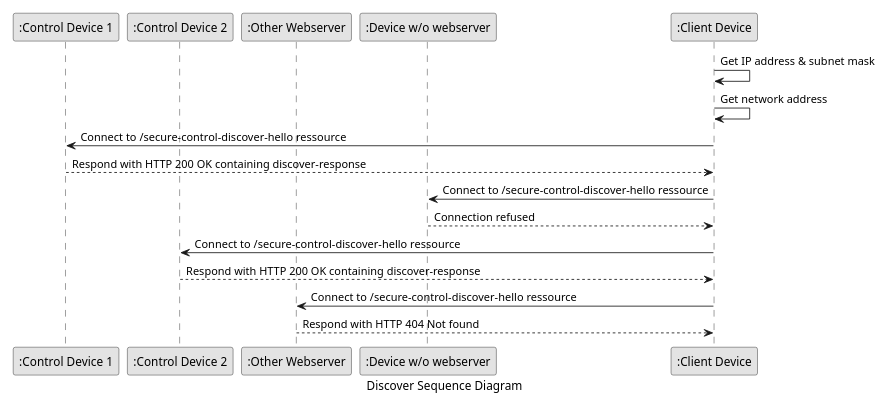
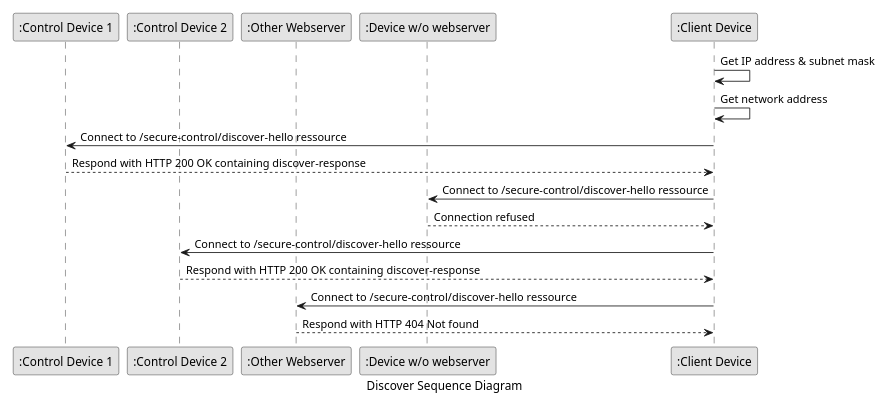
One commit to houseos/SCP changed the third of 4 diagrams in doc/secure-control-protocol-specification.md. Above: the diagram before and after it, drawn with PlantUML. The commit also changed other lines of this file and 18 other files, not shown here.

````diff
--- a/doc/secure-control-protocol-specification.md
+++ b/doc/secure-control-protocol-specification.md
@@ -204,31 +204,31 @@
 ```plantuml
 @startuml
 caption Discover Sequence Diagram
 
 skinparam monochrome true
 
 scale max 650 width
 
 participant ":Control Device 1" as server1
 participant ":Control Device 2" as server2
 participant ":Other Webserver" as webserver
 participant ":Device w/o webserver" as device
 participant ":Client Device" as client
 
 client -> client : Get IP address & subnet mask
 client -> client : Get network address
 
-client -> server1 : Connect to /secure-control-discover-hello ressource
+client -> server1 : Connect to /secure-control/discover-hello ressource
 server1 --> client : Respond with HTTP 200 OK containing discover-response 
 
-client -> device : Connect to /secure-control-discover-hello ressource
+client -> device : Connect to /secure-control/discover-hello ressource
 device --> client : Connection refused
 
-client -> server2 : Connect to /secure-control-discover-hello ressource
+client -> server2 : Connect to /secure-control/discover-hello ressource
 server2 --> client : Respond with HTTP 200 OK containing discover-response 
 
-client -> webserver : Connect to /secure-control-discover-hello ressource
+client -> webserver : Connect to /secure-control/discover-hello ressource
 webserver --> client : Respond with HTTP 404 Not found
 
 @enduml
 ```
````
